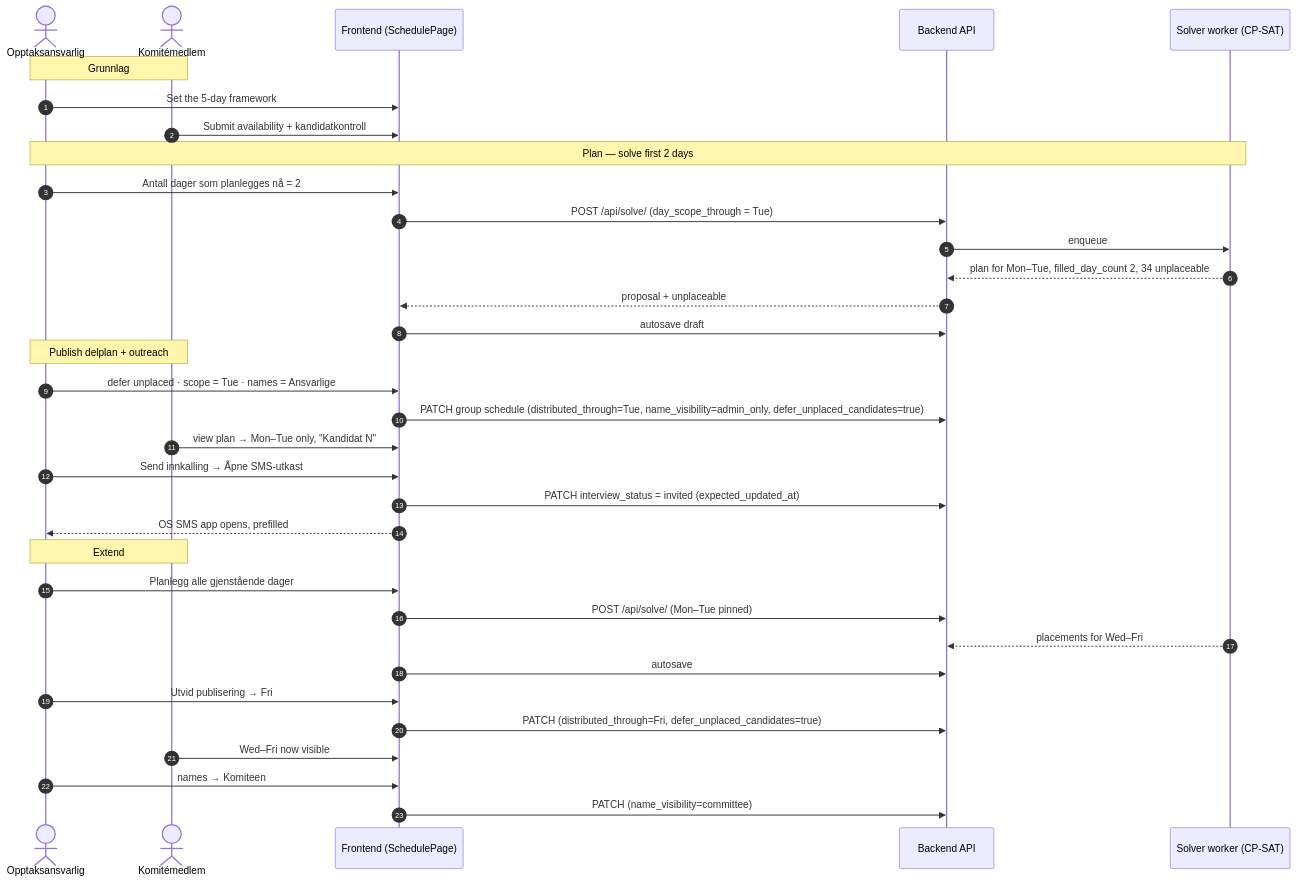
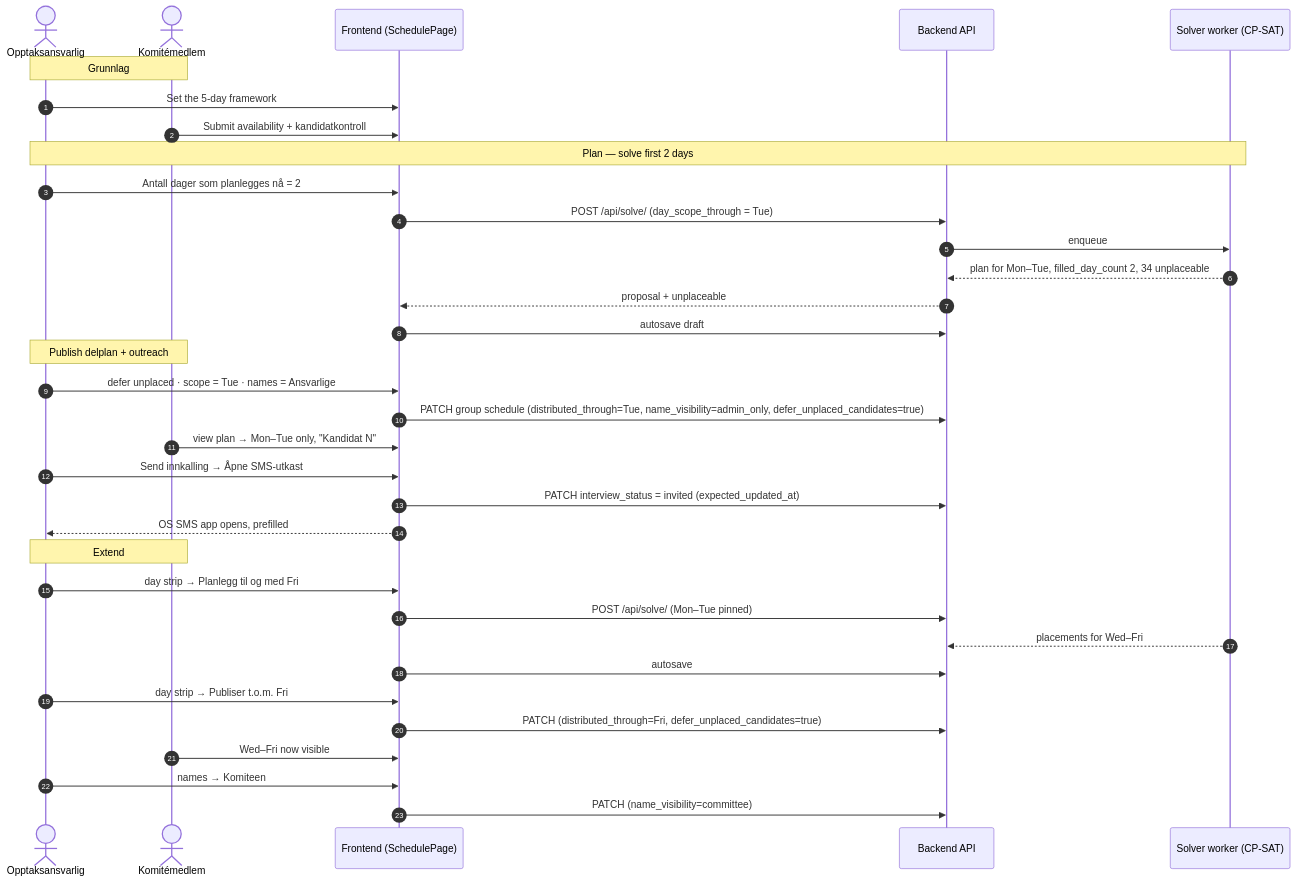
One commit to webkom/admissions changed the first of 2 diagrams in docs/feature-context/progressive-interview-scheduling.md. Above: the diagram before and after it, drawn with Mermaid. The commit also changed other lines of this file and 78 other files, not shown here.

````diff
--- a/docs/feature-context/progressive-interview-scheduling.md
+++ b/docs/feature-context/progressive-interview-scheduling.md
@@ -499,40 +518,40 @@
 ```mermaid
 sequenceDiagram
     autonumber
     actor Rec as Opptaksansvarlig
     actor Mem as Komitémedlem
     participant FE as Frontend (SchedulePage)
     participant API as Backend API
     participant W as Solver worker (CP-SAT)
 
     Note over Rec,Mem: Grunnlag
     Rec->>FE: Set the 5-day framework
     Mem->>FE: Submit availability + kandidatkontroll
 
     Note over Rec,W: Plan — solve first 2 days
     Rec->>FE: Antall dager som planlegges nå = 2
     FE->>API: POST /api/solve/ (day_scope_through = Tue)
     API->>W: enqueue
     W-->>API: plan for Mon–Tue, filled_day_count 2, 34 unplaceable
     API-->>FE: proposal + unplaceable
     FE->>API: autosave draft
 
     Note over Rec,Mem: Publish delplan + outreach
     Rec->>FE: defer unplaced · scope = Tue · names = Ansvarlige
     FE->>API: PATCH group schedule (distributed_through=Tue, name_visibility=admin_only, defer_unplaced_candidates=true)
     Mem->>FE: view plan → Mon–Tue only, "Kandidat N"
     Rec->>FE: Send innkalling → Åpne SMS-utkast
     FE->>API: PATCH interview_status = invited (expected_updated_at)
     FE-->>Rec: OS SMS app opens, prefilled
 
     Note over Rec,Mem: Extend
-    Rec->>FE: Planlegg alle gjenstående dager
+    Rec->>FE: day strip → Planlegg til og med Fri
     FE->>API: POST /api/solve/ (Mon–Tue pinned)
     W-->>API: placements for Wed–Fri
     FE->>API: autosave
-    Rec->>FE: Utvid publisering → Fri
+    Rec->>FE: day strip → Publiser t.o.m. Fri
     FE->>API: PATCH (distributed_through=Fri, defer_unplaced_candidates=true)
     Mem->>FE: Wed–Fri now visible
     Rec->>FE: names → Komiteen
     FE->>API: PATCH (name_visibility=committee)
 ```
````
